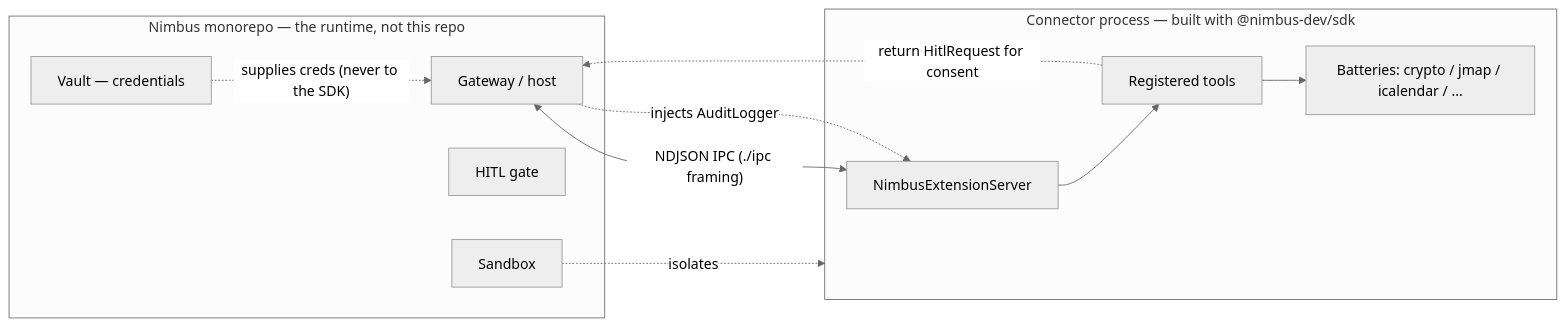
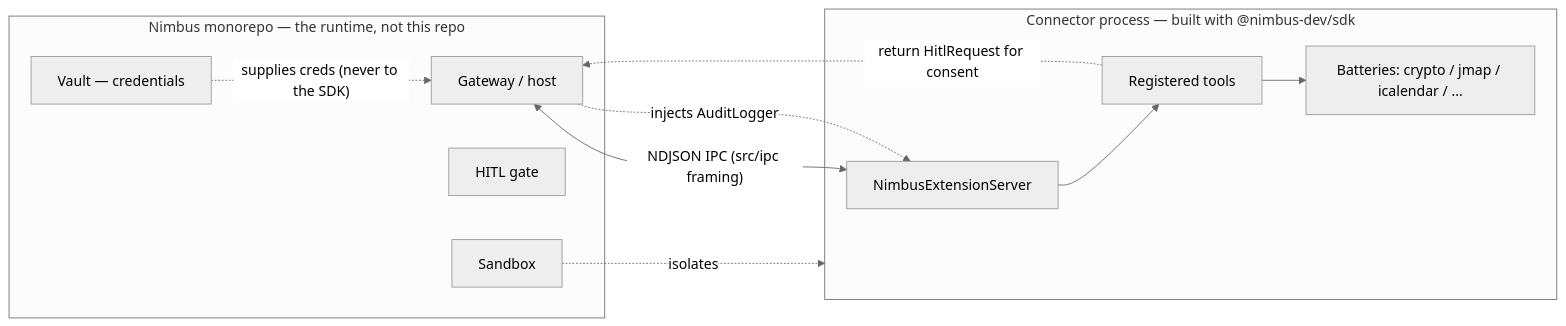
The first of 2 diagrams in docs/ARCHITECTURE.md (nimbus-agent/nimbus-sdk), drawn with Mermaid (neutral theme) before and after one commit. The commit also changed other lines of this file and 2 other files, not shown here.

First line of the commit message:
docs: address review — mark snapshot test as planned, disambiguate ./ipc

````diff
--- a/docs/ARCHITECTURE.md
+++ b/docs/ARCHITECTURE.md
@@ -99,20 +99,20 @@
 ```mermaid
 flowchart LR
   subgraph nimbus["Nimbus monorepo — the runtime, not this repo"]
     gw["Gateway / host"]
     vault["Vault — credentials"]
     hitl["HITL gate"]
     sbx["Sandbox"]
   end
   subgraph connector["Connector process — built with @nimbus-dev/sdk"]
     srv["NimbusExtensionServer"]
     tools["Registered tools"]
     bat["Batteries: crypto / jmap / icalendar / ..."]
   end
-  gw <-- "NDJSON IPC (./ipc framing)" --> srv
+  gw <-- "NDJSON IPC (src/ipc framing)" --> srv
   srv --> tools --> bat
   gw -. "injects AuditLogger" .-> srv
   tools -. "return HitlRequest for consent" .-> gw
   sbx -. isolates .-> connector
   vault -. "supplies creds (never to the SDK)" .-> gw
 ```
````
